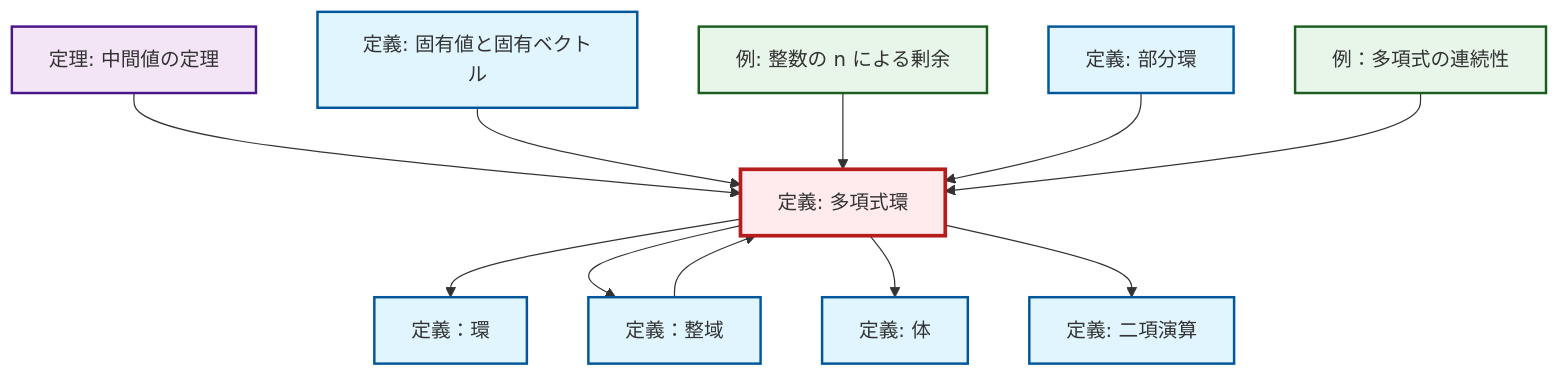
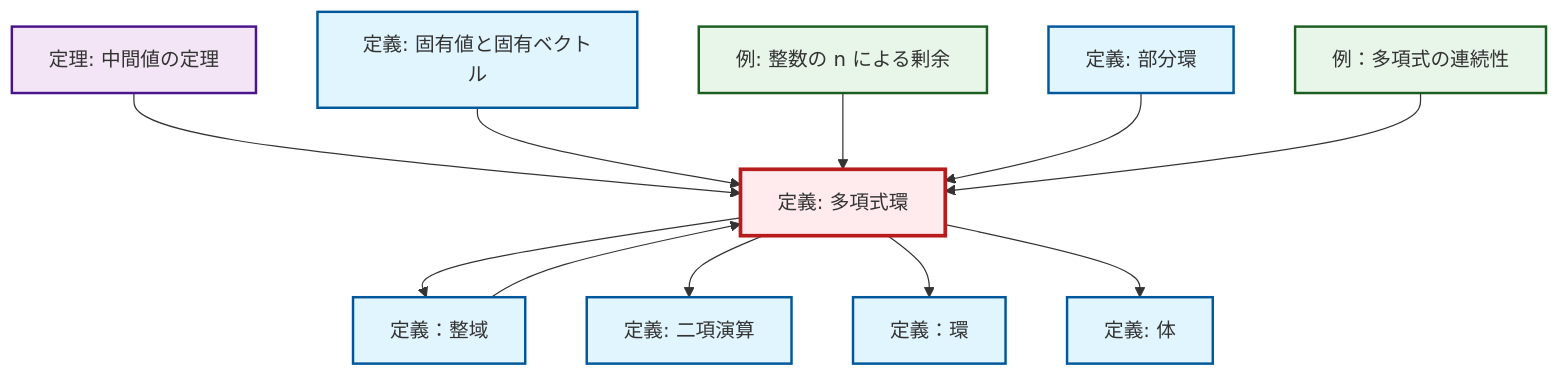
The diagram in content/ja/algebra/def-polynomial-ring.qmd (RK0429/ModernMath), drawn with Mermaid before and after one commit. The commit also changed 672 other files, not shown here.

````diff
--- a/content/ja/algebra/def-polynomial-ring.qmd
+++ b/content/ja/algebra/def-polynomial-ring.qmd
@@ -94,39 +94,39 @@
 ```{mermaid}
-%%| fig-cap: "Local dependency graph"
+%%| fig-cap: "ローカル依存関係グラフ"
 graph TD
     classDef definition fill:#e1f5fe,stroke:#01579b,stroke-width:2px
     classDef theorem fill:#f3e5f5,stroke:#4a148c,stroke-width:2px
     classDef axiom fill:#fff3e0,stroke:#e65100,stroke-width:2px
     classDef example fill:#e8f5e9,stroke:#1b5e20,stroke-width:2px
     classDef current fill:#ffebee,stroke:#b71c1c,stroke-width:3px
+    ex-polynomial-continuity["例：多項式の連続性"]:::example
+    def-binary-operation["定義: 二項演算"]:::definition
+    def-eigenvalue-eigenvector["定義: 固有値と固有ベクトル"]:::definition
+    def-integral-domain["定義：整域"]:::definition
+    def-subring["定義: 部分環"]:::definition
+    ex-quotient-integers-mod-n["例: 整数の n による剰余"]:::example
+    def-polynomial-ring["定義: 多項式環"]:::definition
+    def-ring["定義：環"]:::definition
+    thm-intermediate-value["定理: 中間値の定理"]:::theorem
     def-field["定義: 体"]:::definition
-    def-ring["定義：環"]:::definition
-    def-subring["定義: 部分環"]:::definition
-    def-binary-operation["定義: 二項演算"]:::definition
-    thm-intermediate-value["定理: 中間値の定理"]:::theorem
-    def-eigenvalue-eigenvector["定義: 固有値と固有ベクトル"]:::definition
-    ex-polynomial-continuity["例：多項式の連続性"]:::example
-    def-polynomial-ring["定義: 多項式環"]:::definition
-    def-integral-domain["定義：整域"]:::definition
-    ex-quotient-integers-mod-n["例: 整数の n による剰余"]:::example
+    def-polynomial-ring --> def-integral-domain
     thm-intermediate-value --> def-polynomial-ring
+    def-polynomial-ring --> def-binary-operation
     def-eigenvalue-eigenvector --> def-polynomial-ring
+    def-integral-domain --> def-polynomial-ring
+    ex-quotient-integers-mod-n --> def-polynomial-ring
+    def-subring --> def-polynomial-ring
     def-polynomial-ring --> def-ring
-    ex-quotient-integers-mod-n --> def-polynomial-ring
-    def-integral-domain --> def-polynomial-ring
-    def-polynomial-ring --> def-integral-domain
-    def-subring --> def-polynomial-ring
+    ex-polynomial-continuity --> def-polynomial-ring
     def-polynomial-ring --> def-field
-    def-polynomial-ring --> def-binary-operation
-    ex-polynomial-continuity --> def-polynomial-ring
     class def-polynomial-ring current
+    click ex-polynomial-continuity "ex-polynomial-continuity.html" "例：多項式の連続性へ"
+    click def-binary-operation "def-binary-operation.html" "二項演算の定義へ"
+    click def-eigenvalue-eigenvector "def-eigenvalue-eigenvector.html" "固有値と固有ベクトルの定義へ"
+    click def-integral-domain "def-integral-domain.html" "定義：整域へ"
+    click def-subring "def-subring.html" "部分環の定義へ"
+    click ex-quotient-integers-mod-n "ex-quotient-integers-mod-n.html" "整数の n による剰余の例へ"
+    click def-ring "def-ring.html" "定義：環へ"
+    click thm-intermediate-value "thm-intermediate-value.html" "中間値の定理の定理へ"
     click def-field "def-field.html" "体の定義へ"
-    click def-ring "def-ring.html" "定義：環へ"
-    click def-subring "def-subring.html" "部分環の定義へ"
-    click def-binary-operation "def-binary-operation.html" "二項演算の定義へ"
-    click thm-intermediate-value "thm-intermediate-value.html" "中間値の定理の定理へ"
-    click def-eigenvalue-eigenvector "def-eigenvalue-eigenvector.html" "固有値と固有ベクトルの定義へ"
-    click ex-polynomial-continuity "ex-polynomial-continuity.html" "例：多項式の連続性へ"
-    click def-integral-domain "def-integral-domain.html" "定義：整域へ"
-    click ex-quotient-integers-mod-n "ex-quotient-integers-mod-n.html" "整数の n による剰余の例へ"
 ```
````
